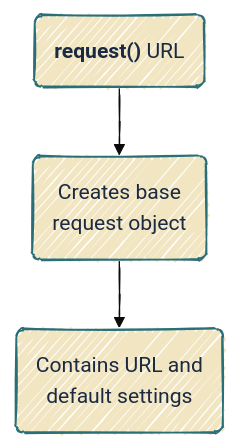
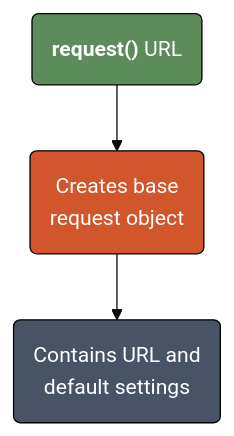
One commit to mjfrigaard/do4ds-labs changed the first of 6 diagrams in r-app-api.qmd. Above: the diagram before and after it, drawn with Mermaid. The commit also changed other lines of this file and 48 other files, not shown here.

````diff
--- a/r-app-api.qmd
+++ b/r-app-api.qmd
@@ -254,14 +254,16 @@
 ```{mermaid}
 %%| fig-width: 6.5
-%%| fig-align: center
-%%{init: {'theme': 'base', 'look': 'handDrawn', 'themeVariables': {'fontFamily': 'monospace'}}}%%
+%%| fig-align: 'center'
+%%{init: {'theme': 'base', 'themeVariables': {'fontFamily': 'monospace'}}}%%
 
 graph TD
-	
+
 	A("<strong>request()</strong> URL") --> B("Creates base<br>request object")
-	
+
 	B --> C("Contains URL and<br>default settings")
-    classDef default fill:#F2E6C2,stroke:#2A6F77,color:#1B2A41
+    style A fill:#5B8C5A,stroke:#000000,stroke-width:1px,color:#ffffff
+    style B fill:#D2562B,stroke:#000000,stroke-width:1px,color:#ffffff
+    style C fill:#485466,stroke:#000000,stroke-width:1px,color:#ffffff
 
 
 ```
````
